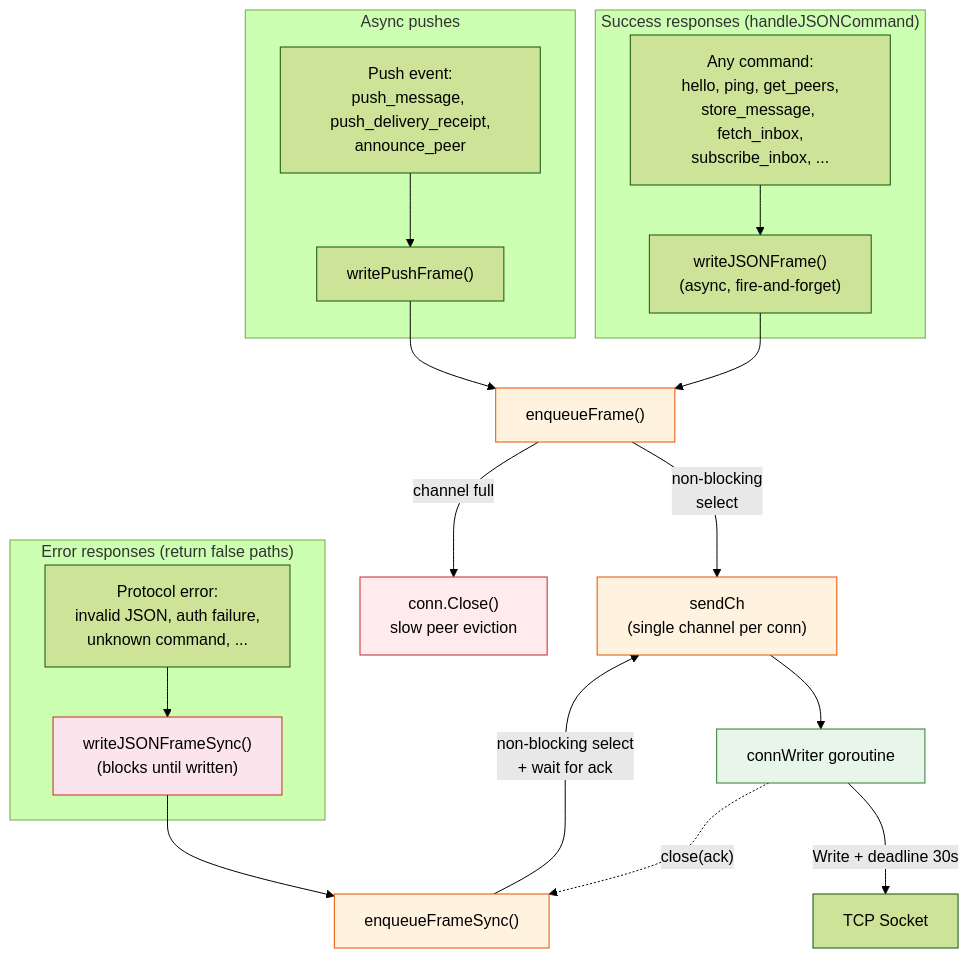
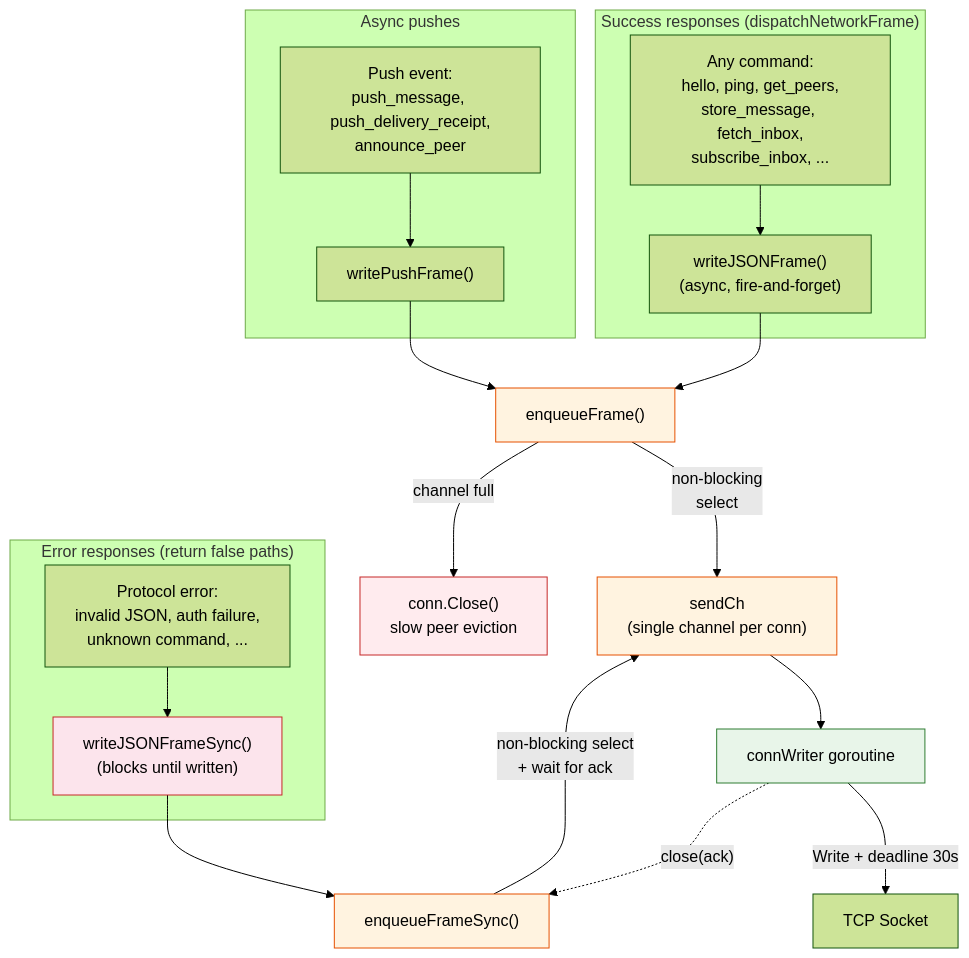
The ninth of 18 diagrams in docs/mesh.md (piratecash/corsa), drawn with Mermaid (forest theme) before and after one commit. The commit also changed other lines of this file and 3 other files, not shown here.

Commit message:
refactor(node): align docs and test names with dispatchNetworkFrame / dispatchPeerSessionFrame rename

````diff
--- a/docs/mesh.md
+++ b/docs/mesh.md
@@ -548,44 +548,44 @@
 ```mermaid
 flowchart TD
-    subgraph "Success responses (handleJSONCommand)"
+    subgraph "Success responses (dispatchNetworkFrame)"
         CMD["Any command:<br/>hello, ping, get_peers,<br/>store_message, fetch_inbox,<br/>subscribe_inbox, ..."]
         WJF["writeJSONFrame()<br/>(async, fire-and-forget)"]
     end
 
     subgraph "Error responses (return false paths)"
         ERR["Protocol error:<br/>invalid JSON, auth failure,<br/>unknown command, ..."]
         WJFS["writeJSONFrameSync()<br/>(blocks until written)"]
     end
 
     subgraph "Async pushes"
         PUSH["Push event:<br/>push_message, push_delivery_receipt,<br/>announce_peer"]
         WPF["writePushFrame()"]
     end
 
     ENQ["enqueueFrame()"]
     ENQS["enqueueFrameSync()"]
     CH["sendCh<br/>(single channel per conn)"]
     CW["connWriter goroutine"]
     TCP["TCP Socket"]
 
     CMD --> WJF
     WJF --> ENQ
     ERR --> WJFS
     WJFS --> ENQS
     PUSH --> WPF
     WPF --> ENQ
     ENQ -->|"non-blocking<br/>select"| CH
     ENQS -->|"non-blocking select<br/>+ wait for ack"| CH
     CH --> CW
     CW -->|"Write + deadline 30s"| TCP
     CW -.->|"close(ack)"| ENQS
 
     ENQ -->|"channel full"| EVICT["conn.Close()<br/>slow peer eviction"]
 
     style ENQ fill:#fff3e0,stroke:#e65100
     style ENQS fill:#fff3e0,stroke:#e65100
     style EVICT fill:#ffebee,stroke:#c62828
     style CW fill:#e8f5e9,stroke:#2e7d32
     style CH fill:#fff3e0,stroke:#e65100
     style WJFS fill:#fce4ec,stroke:#c62828
 ```
````
